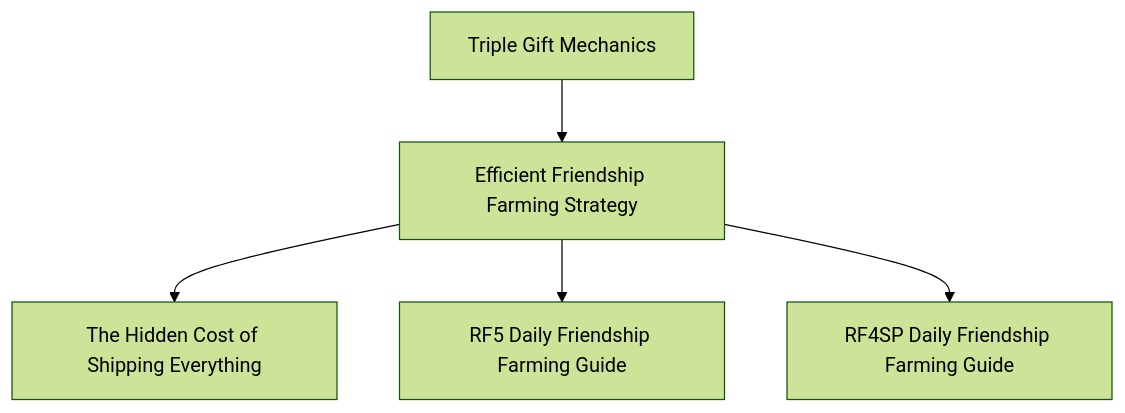
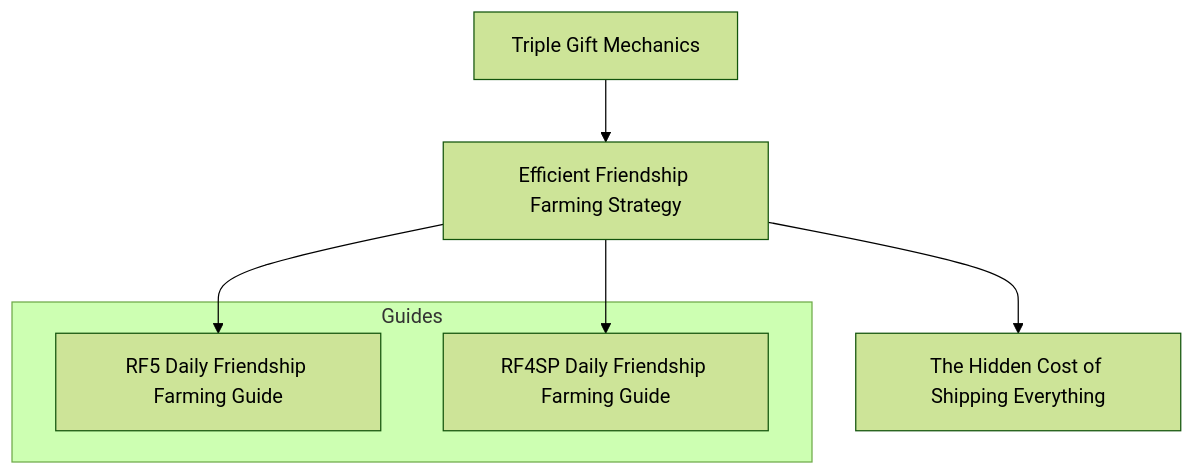
One commit to j13343sh/Rune-Factory-Inheritance-Research changed the diagram in articles/Efficient-Friendship-Farming-Strategy.md. Above: the diagram before and after it, drawn with Mermaid (forest theme).

````diff
--- a/articles/Efficient-Friendship-Farming-Strategy.md
+++ b/articles/Efficient-Friendship-Farming-Strategy.md
@@ -25,19 +25,20 @@
 ```mermaid
 flowchart TD
 
 A[Triple Gift Mechanics]
 
 B[Efficient Friendship Farming Strategy]
 
+subgraph Guides
+D[RF5 Daily Friendship Farming Guide]
+E[RF4SP Daily Friendship Farming Guide]
+end
+
 C[The Hidden Cost of Shipping Everything]
-
-D[RF5 Daily Friendship Farming Guide]
-
-E[RF4SP Daily Friendship Farming Guide]
 
 A --> B
 
 B --> C
 B --> D
 B --> E
 ```
````
